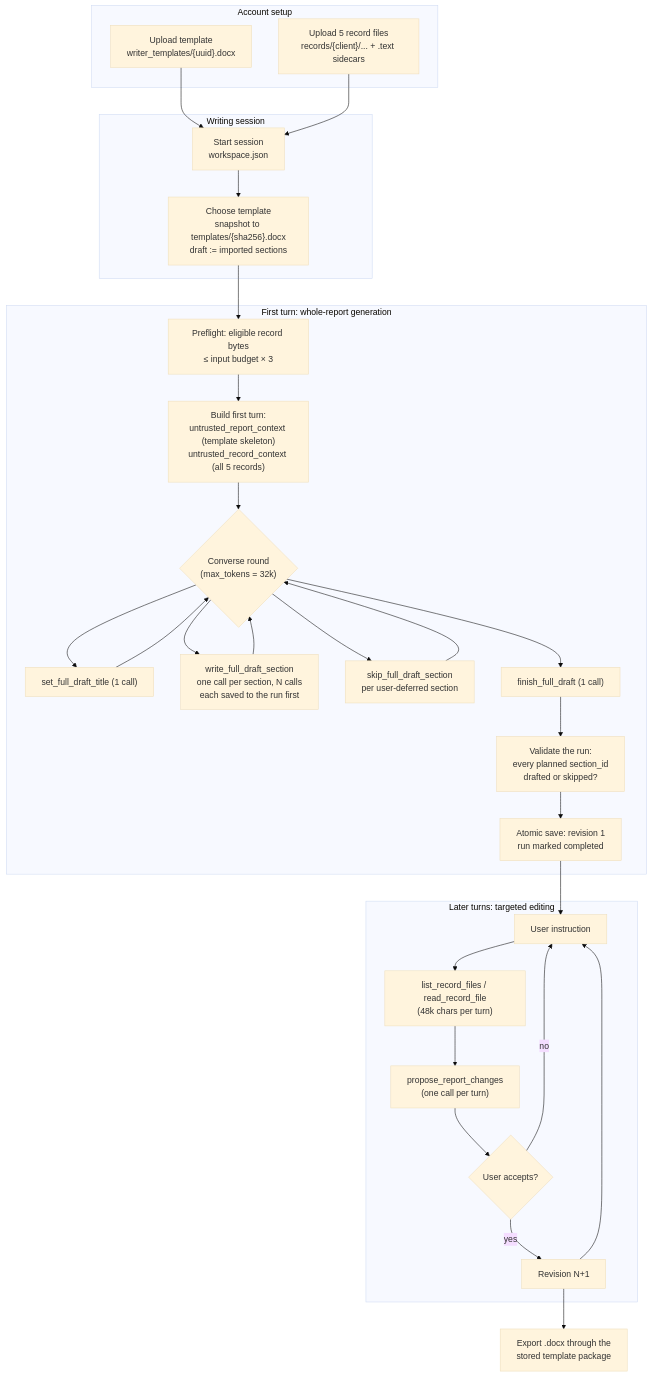
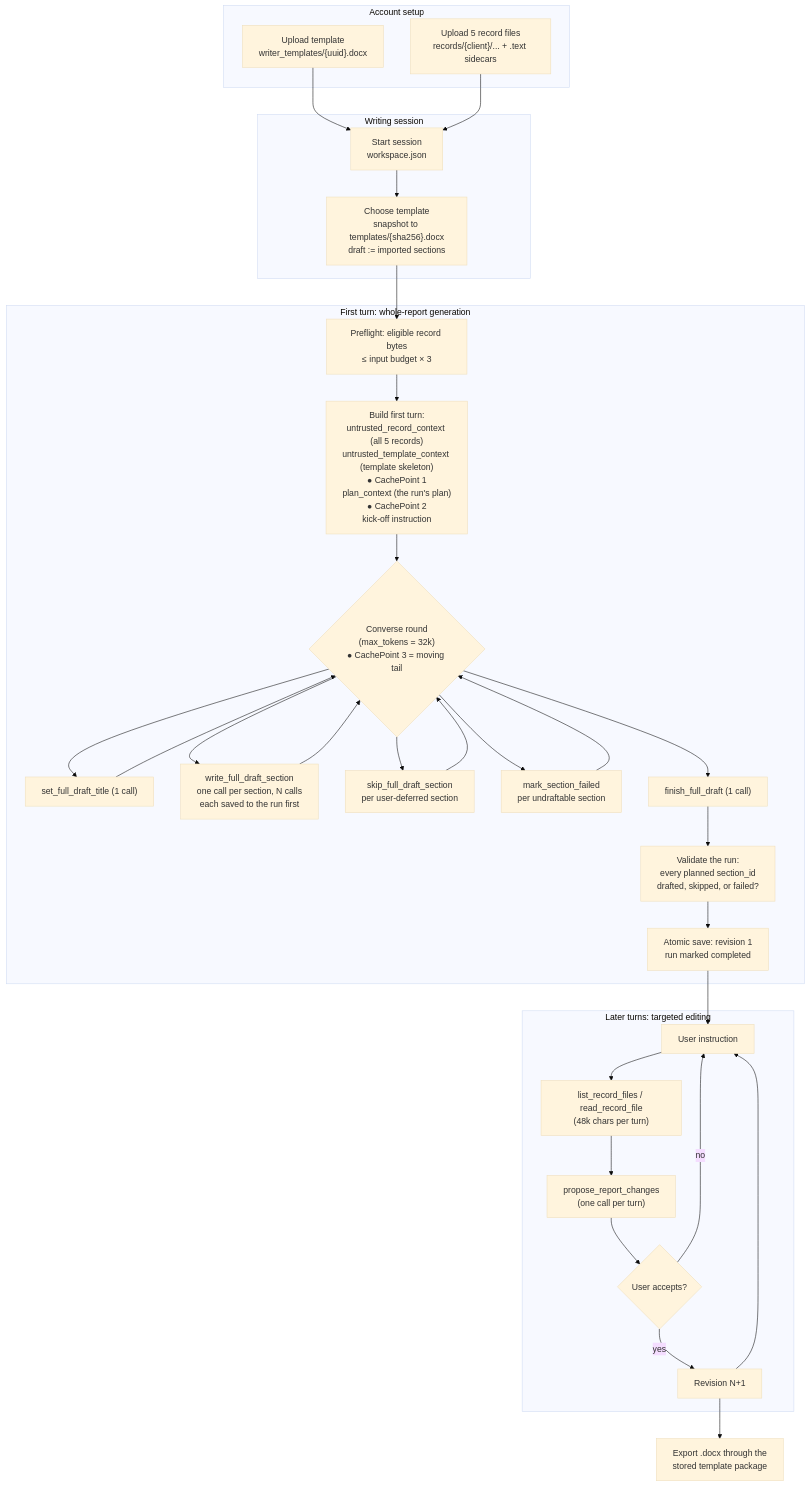
The diagram in design/writer.md (claria-ai/claria), drawn with Mermaid (base theme) before and after one commit. The commit also changed other lines of this file and 19 other files, not shown here.

````diff
--- a/design/writer.md
+++ b/design/writer.md
@@ -67,46 +69,48 @@
 ```mermaid
 flowchart TD
     subgraph Account["Account setup"]
         T["Upload template<br/>writer_templates/{uuid}.docx"]
         R["Upload 5 record files<br/>records/{client}/... + .text sidecars"]
     end
 
     subgraph Session["Writing session"]
         S["Start session<br/>workspace.json"]
         C["Choose template<br/>snapshot to templates/{sha256}.docx<br/>draft := imported sections"]
     end
 
     subgraph Hydrate["First turn: whole-report generation"]
         P["Preflight: eligible record bytes<br/>&le; input budget &times; 3"]
-        X["Build first turn:<br/>untrusted_report_context (template skeleton)<br/>untrusted_record_context (all 5 records)"]
-        L{"Converse round<br/>(max_tokens = 32k)"}
+        X["Build first turn:<br/>untrusted_record_context (all 5 records)<br/>untrusted_template_context (template skeleton)<br/>● CachePoint 1<br/>plan_context (the run's plan)<br/>● CachePoint 2<br/>kick-off instruction"]
+        L{"Converse round<br/>(max_tokens = 32k)<br/>● CachePoint 3 = moving tail"}
         TT["set_full_draft_title (1 call)"]
         W["write_full_draft_section<br/>one call per section, N calls<br/>each saved to the run first"]
         SK["skip_full_draft_section<br/>per user-deferred section"]
+        MF["mark_section_failed<br/>per undraftable section"]
         F["finish_full_draft (1 call)"]
-        V["Validate the run:<br/>every planned section_id<br/>drafted or skipped?"]
+        V["Validate the run:<br/>every planned section_id<br/>drafted, skipped, or failed?"]
         REV["Atomic save: revision 1<br/>run marked completed"]
     end
 
     subgraph Interactive["Later turns: targeted editing"]
         I["User instruction"]
         RD["list_record_files / read_record_file<br/>(48k chars per turn)"]
         PR["propose_report_changes<br/>(one call per turn)"]
         ACC{"User accepts?"}
         REVN["Revision N+1"]
     end
 
     E["Export .docx through the<br/>stored template package"]
 
     T --> S
     R --> S
     S --> C --> P --> X --> L
     L --> TT --> L
     L --> W --> L
     L --> SK --> L
+    L --> MF --> L
     L --> F --> V --> REV
     REV --> I --> RD --> PR --> ACC
     ACC -- yes --> REVN --> I
     ACC -- no --> I
     REVN --> E
 ```
````
